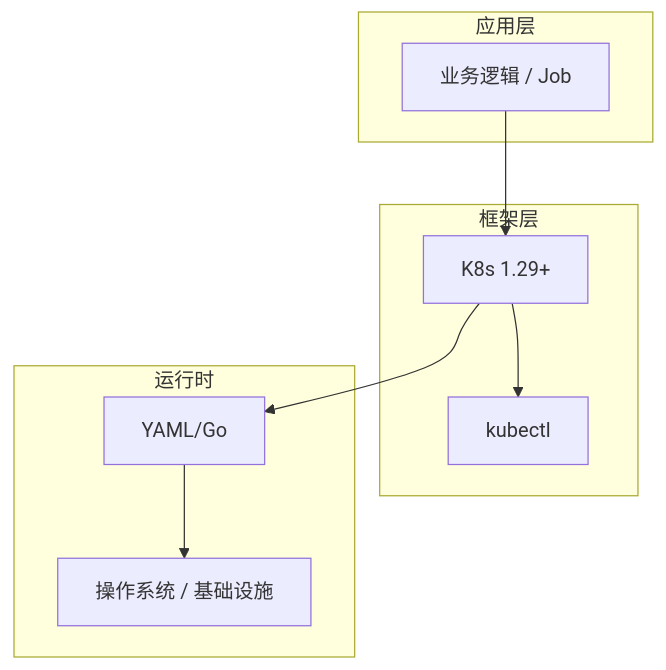
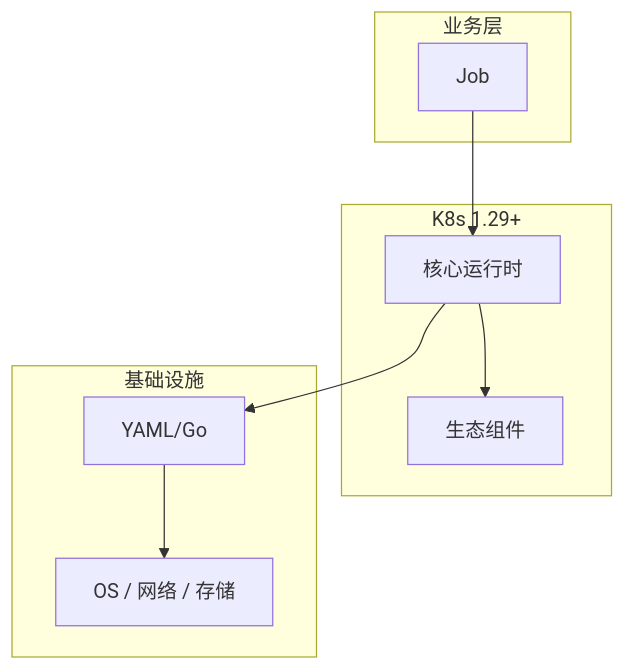
One commit to yanggan2015/knowledge-json-v2 changed the diagram in articles/Kubernetes/chapters/097-Job核心概念与原理.md. Above: the diagram before and after it, drawn with Mermaid. The commit also changed other lines of this file and 10127 other files, not shown here.

````diff
--- a/articles/Kubernetes/chapters/097-Job核心概念与原理.md
+++ b/articles/Kubernetes/chapters/097-Job核心概念与原理.md
@@ -45,18 +34,18 @@
 ```mermaid
 graph TB
-    subgraph 应用层
-        A[业务逻辑 / Job]
+    subgraph 业务层
+        A[Job]
     end
-    subgraph 框架层
-        B[K8s 1.29+]
-        C[kubectl]
+    subgraph K8s 1.29+
+        B[核心运行时]
+        C[生态组件]
     end
-    subgraph 运行时
+    subgraph 基础设施
         D[YAML/Go]
-        E[操作系统 / 基础设施]
+        E[OS / 网络 / 存储]
     end
     A --> B
     B --> C
     B --> D
     D --> E
 ```
````
